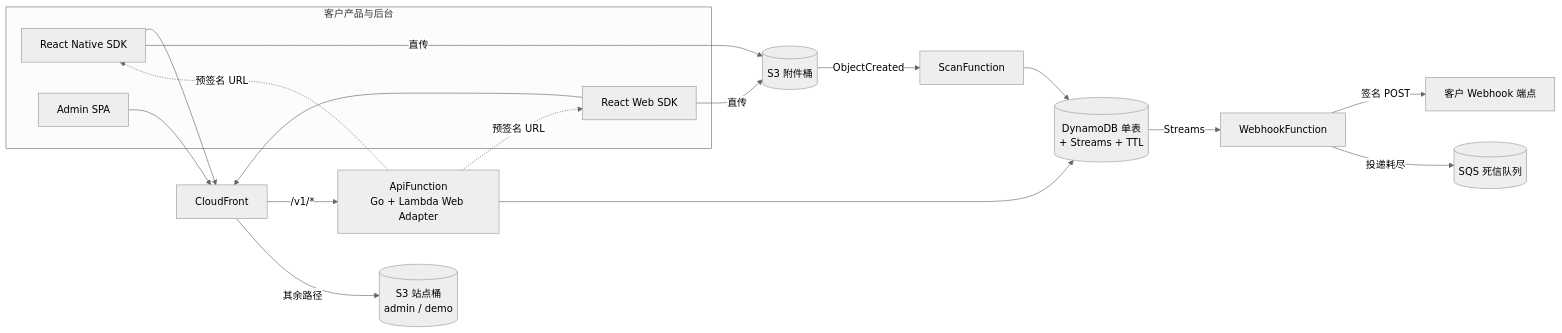
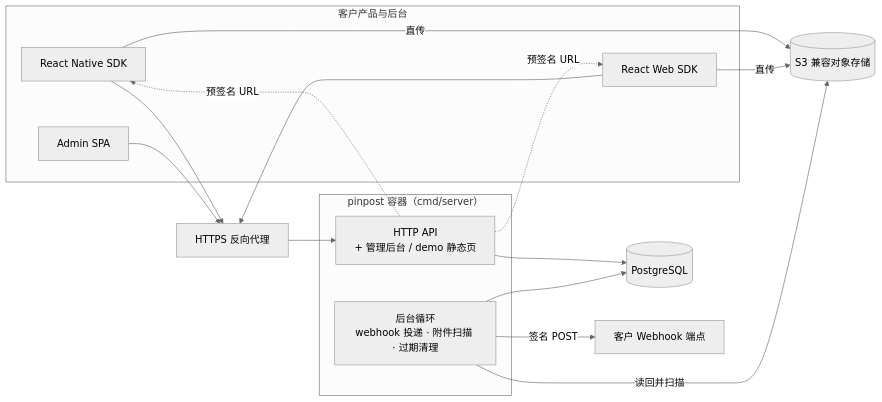
One commit to SiyuQian/pinpost changed the diagram in docs/feedback-system-design.md. Above: the diagram before and after it, drawn with Mermaid (neutral theme). The commit also changed other lines of this file and 3 other files, not shown here.

First line of the commit message:
docs: describe the PostgreSQL + single-container architecture

````diff
--- a/docs/feedback-system-design.md
+++ b/docs/feedback-system-design.md
@@ -127,34 +127,30 @@
 ```mermaid
 flowchart LR
   subgraph Client[客户产品与后台]
     RN[React Native SDK]
     WEB[React Web SDK]
     ADMIN[Admin SPA]
   end
 
-  CDN[CloudFront]
-  API["ApiFunction<br/>Go + Lambda Web Adapter"]
-  SITE[("S3 站点桶<br/>admin / demo")]
-  DDB[("DynamoDB 单表<br/>+ Streams + TTL")]
-  OBJ[(S3 附件桶)]
-  SCAN[ScanFunction]
-  HOOK[WebhookFunction]
-  DLQ[(SQS 死信队列)]
+  PROXY[HTTPS 反向代理]
+  subgraph APP["pinpost 容器（cmd/server）"]
+    API["HTTP API<br/>+ 管理后台 / demo 静态页"]
+    WORK["后台循环<br/>webhook 投递 · 附件扫描 · 过期清理"]
+  end
+  PG[("PostgreSQL")]
+  OBJ[("S3 兼容对象存储")]
   EXT[客户 Webhook 端点]
 
-  RN --> CDN
-  WEB --> CDN
-  ADMIN --> CDN
-  CDN -->|/v1/*| API
-  CDN -->|其余路径| SITE
-  API --> DDB
+  RN --> PROXY
+  WEB --> PROXY
+  ADMIN --> PROXY
+  PROXY --> API
+  API --> PG
   API -. 预签名 URL .-> RN
   API -. 预签名 URL .-> WEB
   RN -->|直传| OBJ
   WEB -->|直传| OBJ
-  OBJ -->|ObjectCreated| SCAN
-  SCAN --> DDB
-  DDB -->|Streams| HOOK
-  HOOK -->|签名 POST| EXT
-  HOOK -->|投递耗尽| DLQ
+  WORK --> PG
+  WORK -->|读回并扫描| OBJ
+  WORK -->|签名 POST| EXT
 ```
````
